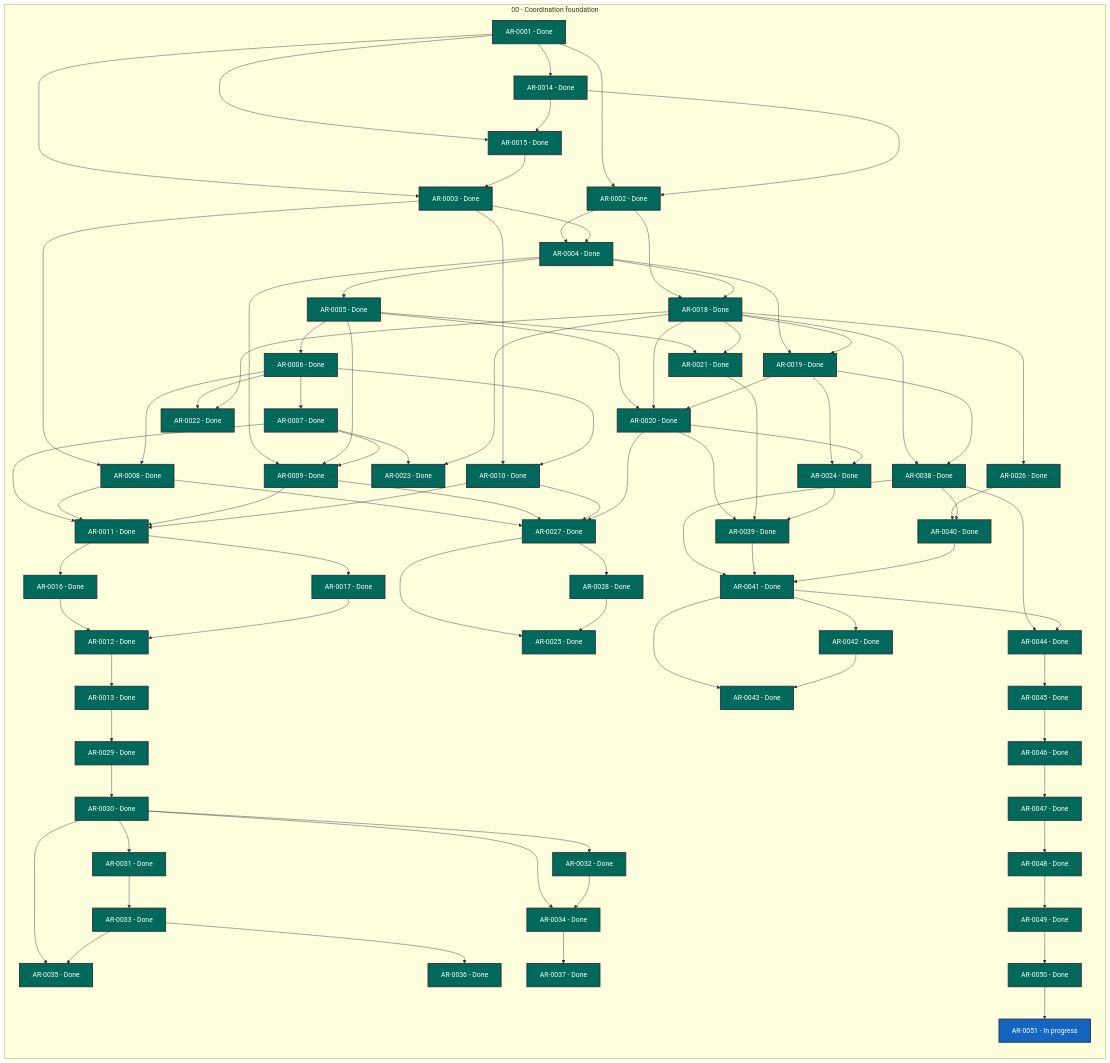
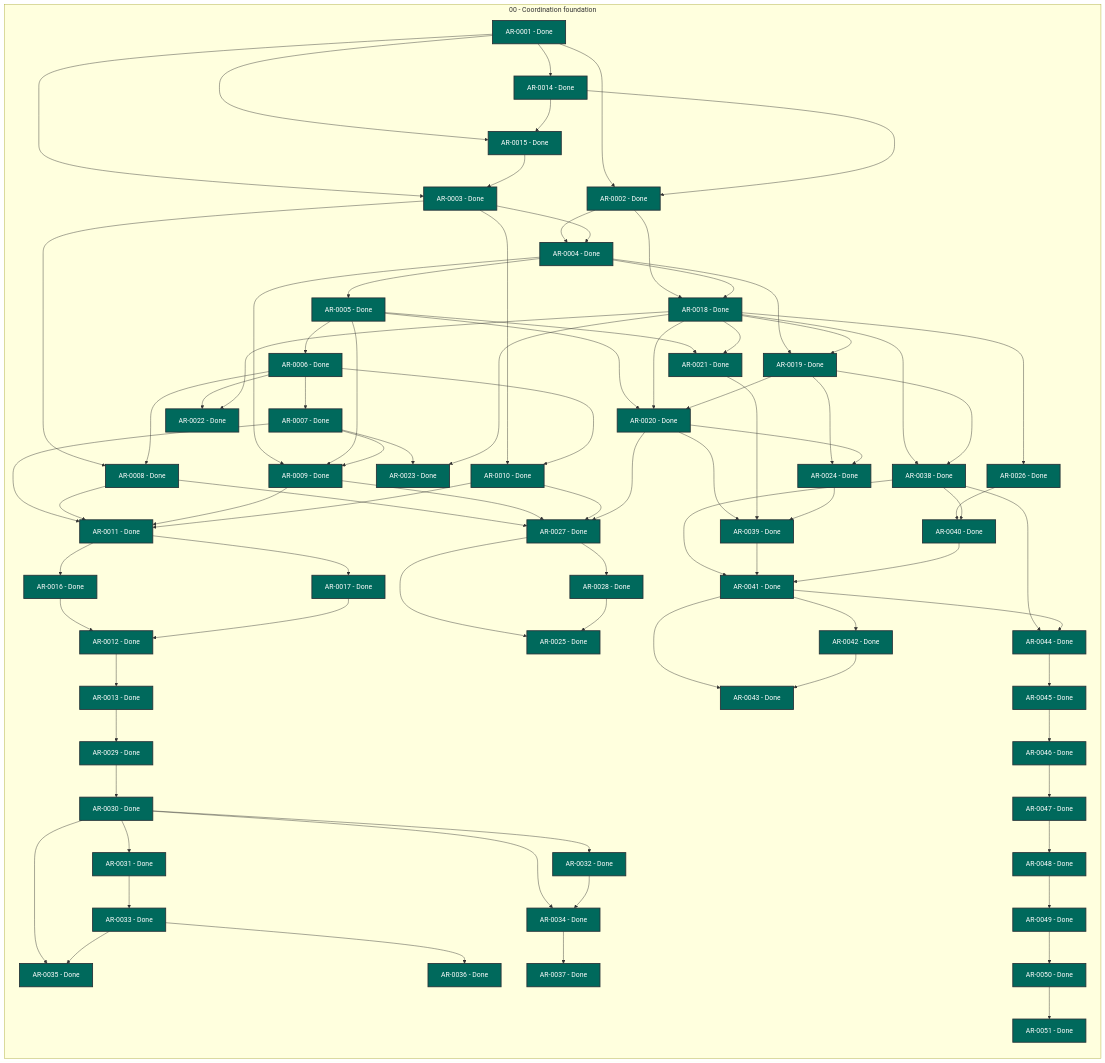
One commit to martin-beck/agent-workflow-tui-state changed the diagram in STATUS.md. Above: the diagram before and after it, drawn with Mermaid. The commit also changed other lines of this file and 2 other files, not shown here.

```diff
--- a/STATUS.md
+++ b/STATUS.md
@@ -78,7 +78,7 @@
         AR_0048["AR-0048 - Done"]:::status_done
         AR_0049["AR-0049 - Done"]:::status_done
         AR_0050["AR-0050 - Done"]:::status_done
-        AR_0051["AR-0051 - In progress"]:::status_in_progress
+        AR_0051["AR-0051 - Done"]:::status_done
     end
     AR_0001 --> AR_0002
     AR_0001 --> AR_0003
```
